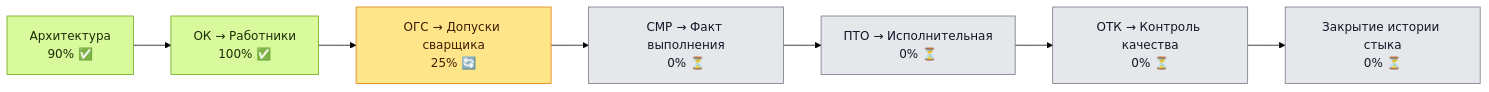
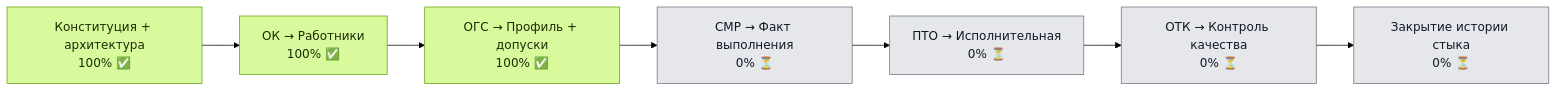
One commit to fishc7/WeldPassport changed the first of 2 diagrams in docs/project/PROJECT_EXECUTION_MAP.md. Above: the diagram before and after it, drawn with Mermaid (forest theme). The commit also changed other lines of this file and 10 other files, not shown here.

Commit message:
docs: establish architecture constitution and domain ownership

````diff
--- a/docs/project/PROJECT_EXECUTION_MAP.md
+++ b/docs/project/PROJECT_EXECUTION_MAP.md
@@ -7,17 +7,15 @@
 ```mermaid
 flowchart LR
-    A["Архитектура<br/>90% ✅"] --> B["ОК → Работники<br/>100% ✅"]
-    B --> C["ОГС → Допуски сварщика<br/>25% 🔄"]
+    A["Конституция + архитектура<br/>100% ✅"] --> B["ОК → Работники<br/>100% ✅"]
+    B --> C["ОГС → Профиль + допуски<br/>100% ✅"]
     C --> D["СМР → Факт выполнения<br/>0% ⏳"]
     D --> E["ПТО → Исполнительная<br/>0% ⏳"]
     E --> F["ОТК → Контроль качества<br/>0% ⏳"]
     F --> G["Закрытие истории стыка<br/>0% ⏳"]
 
     classDef done fill:#d9f99d,stroke:#65a30d,color:#1a2e05;
-    classDef progress fill:#fde68a,stroke:#d97706,color:#451a03;
     classDef planned fill:#e5e7eb,stroke:#6b7280,color:#111827;
 
-    class A,B done;
-    class C progress;
+    class A,B,C done;
     class D,E,F,G planned;
 ```
````
